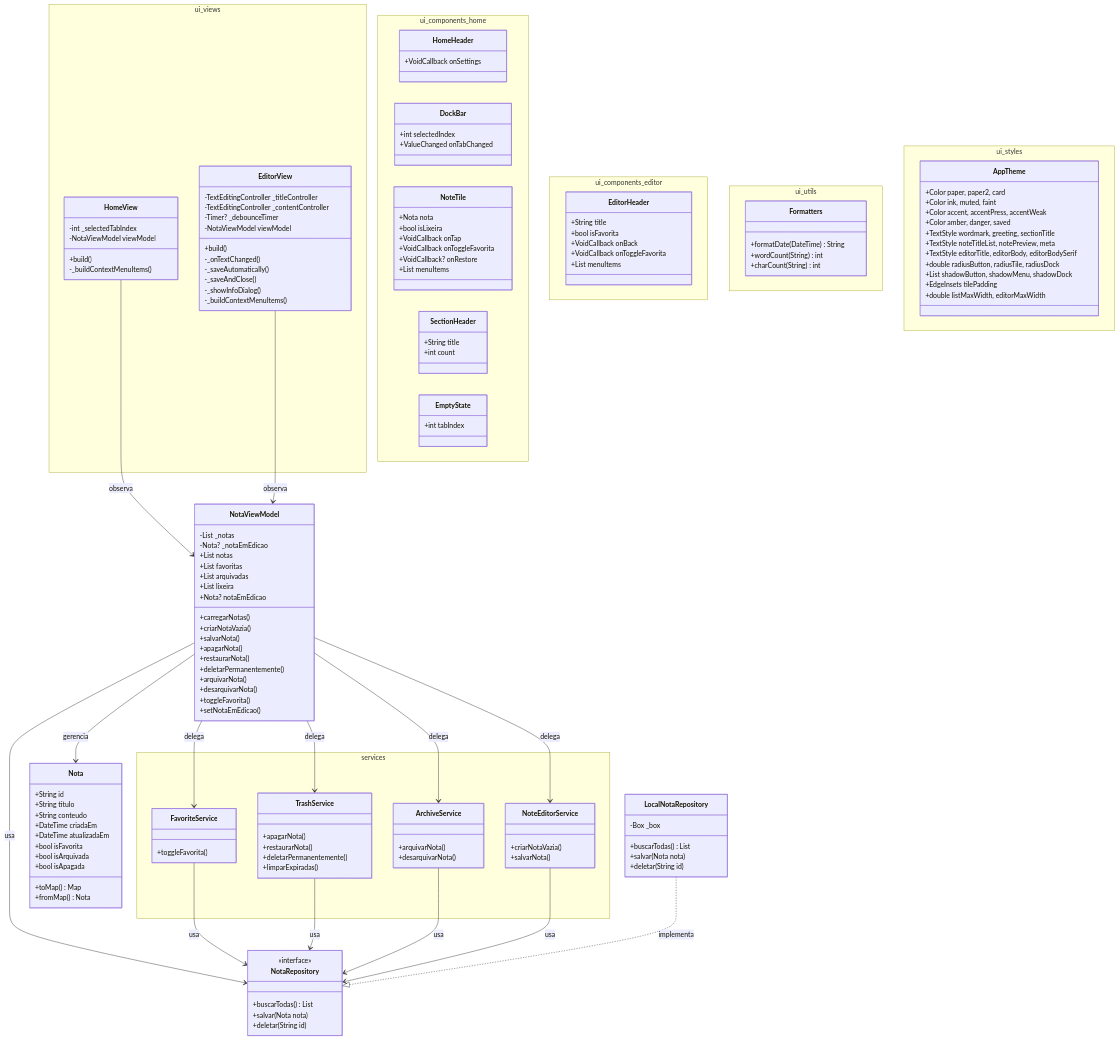
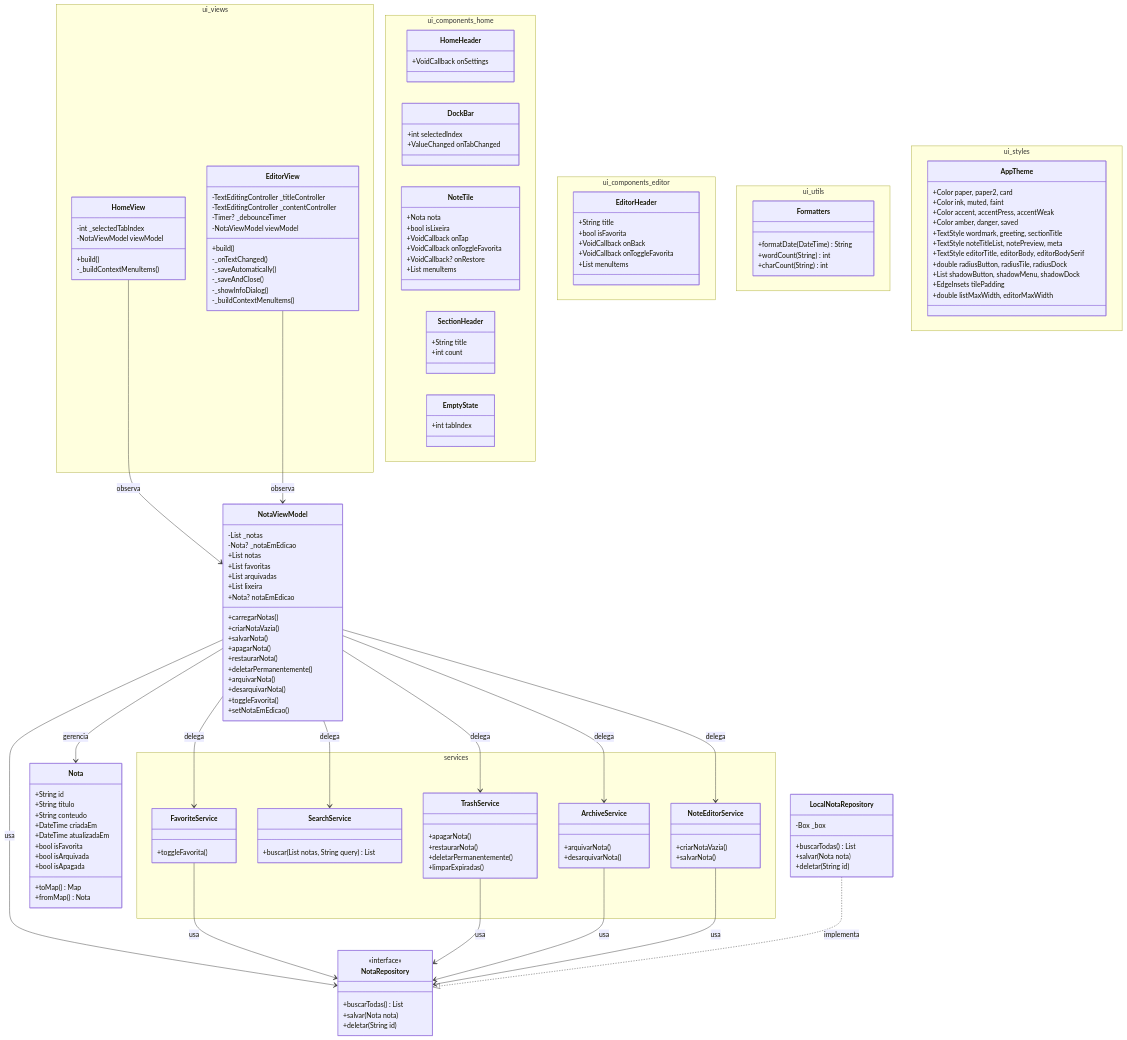
The diagram in docs/diagrama.md (rogial12/anotai), drawn with Mermaid before and after one commit. The commit also changed 3 other files, not shown here.

Commit message:
Feat(Search): foi implementado o mecanismo de busca como classe própria na Service Layer

```diff
--- a/docs/diagrama.md
+++ b/docs/diagrama.md
@@ -136,6 +136,9 @@
         class FavoriteService {
             +toggleFavorita()
         }
+        class SearchService {
+            +buscar(List notas, String query) List
+        }
         class TrashService {
             +apagarNota()
             +restaurarNota()
@@ -154,6 +157,7 @@
 
     NotaViewModel --> NotaRepository : usa
     NotaViewModel --> FavoriteService : delega
+    NotaViewModel --> SearchService : delega
     NotaViewModel --> TrashService : delega
     NotaViewModel --> ArchiveService : delega
     NotaViewModel --> NoteEditorService : delega
```
